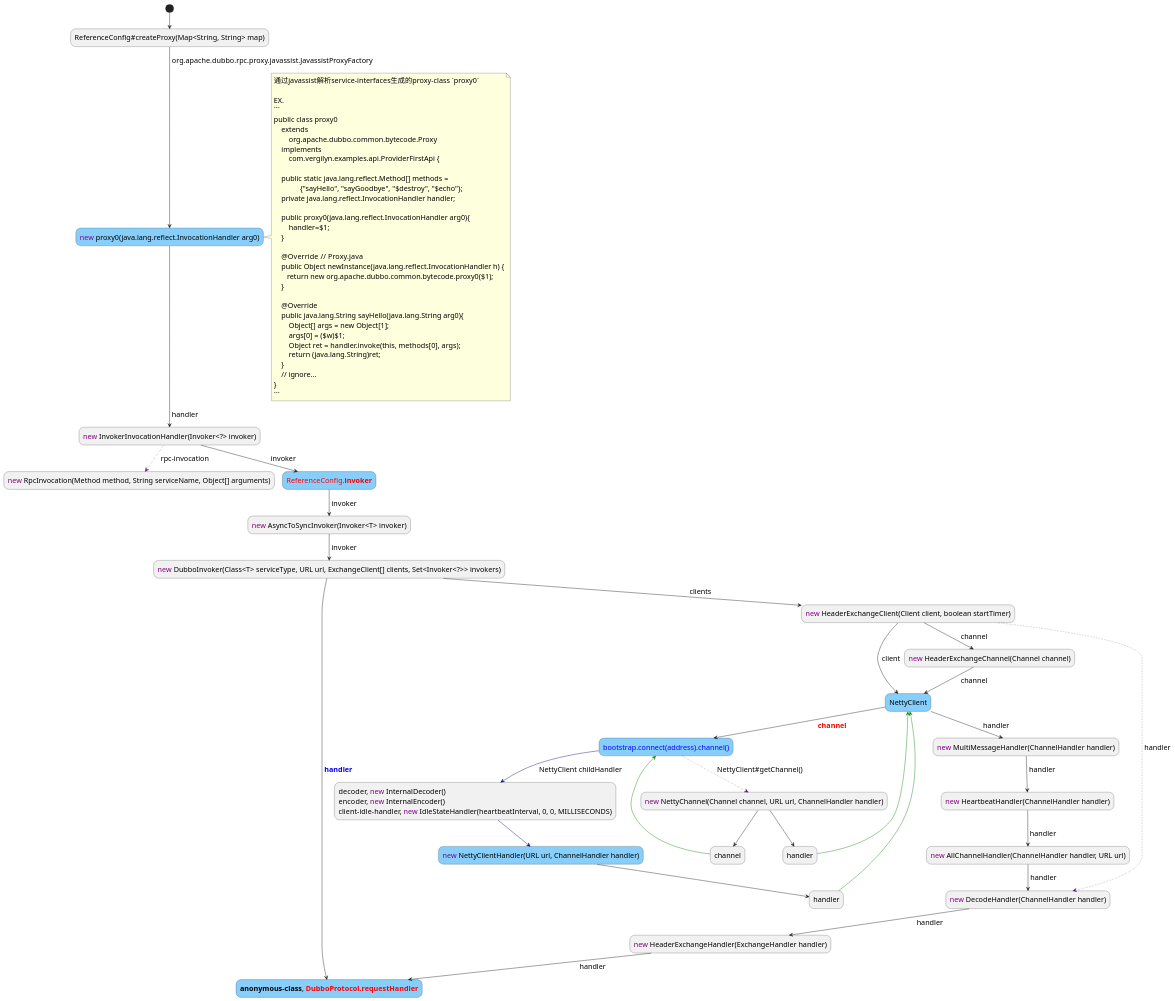
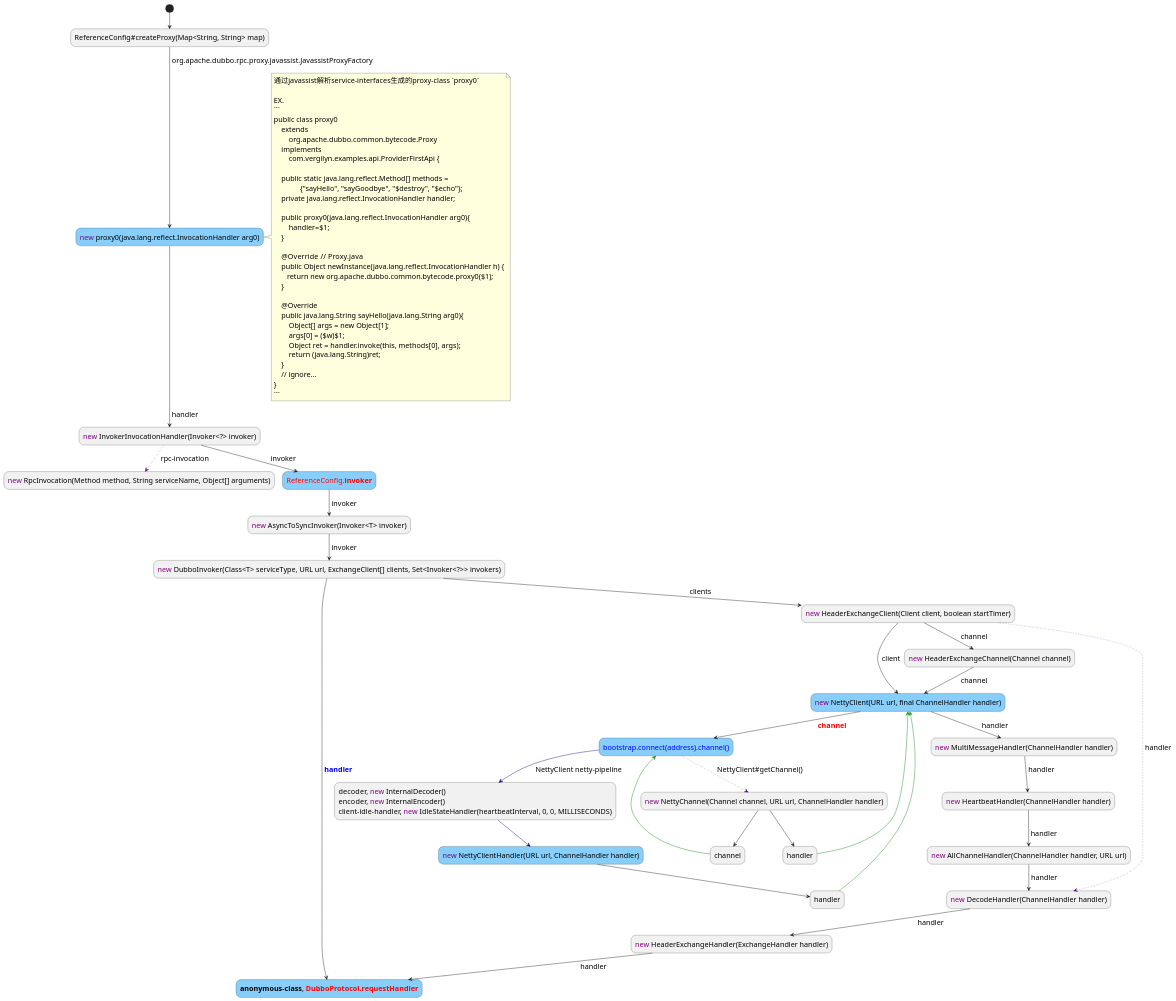
The diagram in vergilyn-dubbo-examples/docs/plant-uml/dubbo_service_refer_track.puml (vergilyn/dubbo), drawn with PlantUML before and after one commit. The commit also changed 15 other files, not shown here.

````diff
--- a/vergilyn-dubbo-examples/docs/plant-uml/dubbo_service_refer_track.puml
+++ b/vergilyn-dubbo-examples/docs/plant-uml/dubbo_service_refer_track.puml
@@ -1,89 +1,89 @@
 @startuml
 skinparam DefaultFontSize 18
 
 skinparam activity{
   BackgroundColor<< important >> LightSkyBlue
 }
 
 (*)--> "ReferenceConfig#createProxy(Map<String, String> map)" AS CreateProxy
 -->[ org.apache.dubbo.rpc.proxy.javassist.JavassistProxyFactory] "<color:purple>new</color> proxy0(java.lang.reflect.InvocationHandler arg0)" AS proxy0 <<important>>
 note right
 通过javassist解析service-interfaces生成的proxy-class `proxy0`
 
 EX.
 ```
 public class proxy0
     extends
         org.apache.dubbo.common.bytecode.Proxy
     implements
         com.vergilyn.examples.api.ProviderFirstApi {
 
     public static java.lang.reflect.Method[] methods =
               {"sayHello", "sayGoodbye", "$destroy", "$echo"};
     private java.lang.reflect.InvocationHandler handler;
 
     public proxy0(java.lang.reflect.InvocationHandler arg0){
         handler=$1;
     }
 
     @Override  // Proxy.java
     public Object newInstance(java.lang.reflect.InvocationHandler h) {
        return new org.apache.dubbo.common.bytecode.proxy0($1);
     }
 
     @Override
     public java.lang.String sayHello(java.lang.String arg0){
         Object[] args = new Object[1];
         args[0] = ($w)$1;
         Object ret = handler.invoke(this, methods[0], args);
         return (java.lang.String)ret;
     }
     // ignore...
 }
 ```
 endnote
 
 -->[ handler] "<color:purple>new</color> InvokerInvocationHandler(Invoker<?> invoker)" AS InvokerInvocationHandler
 InvokerInvocationHandler .[#Indigo].>[ rpc-invocation] "<color:purple>new</color> RpcInvocation(Method method, String serviceName, Object[] arguments)"
 
 InvokerInvocationHandler -->[ invoker] "<color:red>ReferenceConfig.**invoker**</color>" AS invoker <<important>>
 -->[ invoker] "<color:purple>new</color> AsyncToSyncInvoker(Invoker<T> invoker)"
 
 -->[ invoker] "<color:purple>new</color> DubboInvoker(Class<T> serviceType, URL url, ExchangeClient[] clients, Set<Invoker<?>> invokers)" AS DubboInvoker
 
 DubboInvoker -->[ <color:BLUE>**handler**</color>] "**anonymous-class**, <color:red>**DubboProtocol.requestHandler**</color>" AS CoreHandler <<important>>
 
 DubboInvoker -->[ clients] "<color:purple>new</color> HeaderExchangeClient(Client client, boolean startTimer)" AS HeaderExchangeClient
 
 HeaderExchangeClient .[#Indigo].>[ handler] "<color:purple>new</color> DecodeHandler(ChannelHandler handler)" AS DecodeHandler
 DecodeHandler -->[ handler] "<color:purple>new</color> HeaderExchangeHandler(ExchangeHandler handler)" AS HeaderExchangeHandler
 HeaderExchangeHandler -->[ handler] CoreHandler
 
 HeaderExchangeClient -->[ channel] "<color:purple>new</color> HeaderExchangeChannel(Channel channel)" AS HeaderExchangeChannel.channel
 
-HeaderExchangeChannel.channel -->[ channel] NettyClient
+HeaderExchangeChannel.channel -->[ channel] "<color:purple>new</color> NettyClient(URL url, final ChannelHandler handler)" AS NettyClient <<important>>
 
-HeaderExchangeClient -->[ client] "<color:purple>new</color> NettyClient(URL url, final ChannelHandler handler)" AS NettyClient <<important>>
+HeaderExchangeClient -->[ client] NettyClient
 
 NettyClient -->[ handler] "<color:purple>new</color> MultiMessageHandler(ChannelHandler handler)" AS MultiMessageHandler
 MultiMessageHandler -->[ handler] "<color:purple>new</color> HeartbeatHandler(ChannelHandler handler)" AS HeartbeatHandler
 HeartbeatHandler -->[ handler] "<color:purple>new</color> AllChannelHandler(ChannelHandler handler, URL url)" AS AllChannelHandler
 AllChannelHandler -->[ handler] DecodeHandler
 
 NettyClient -->[ <color:red>**channel**] "<color:blue>bootstrap.connect(address).channel()</color>" AS NettyClient.channel <<important>>
 NettyClient.channel .[#Indigo].>[ NettyClient#getChannel()] "<color:purple>new</color> NettyChannel(Channel channel, URL url, ChannelHandler handler)" AS NettyChannel
 NettyChannel --> "channel" AS NettyChannel.channel
 NettyChannel.channel -[#green]-> NettyClient.channel
 NettyChannel --> "handler" AS NettyChannel.handler
 NettyChannel.handler -[#green]-> NettyClient
 
-NettyClient.channel -[#Navy]->[ NettyClient childHandler] "
+NettyClient.channel -[#Navy]->[ NettyClient netty-pipeline] "
 decoder, <color:purple>new</color> InternalDecoder()
 encoder, <color:purple>new</color> InternalEncoder()
 client-idle-handler, <color:purple>new</color> IdleStateHandler(heartbeatInterval, 0, 0, MILLISECONDS)" AS NettyClient.childHandler
 
 NettyClient.childHandler -[#Navy]-> "<color:purple>new</color> NettyClientHandler(URL url, ChannelHandler handler)" AS NettyClientHandler <<important>>
 NettyClientHandler --> "handler" AS NettyClientHandler.handler
 NettyClientHandler.handler -[#green]-> NettyClient
 
 @enduml
````
